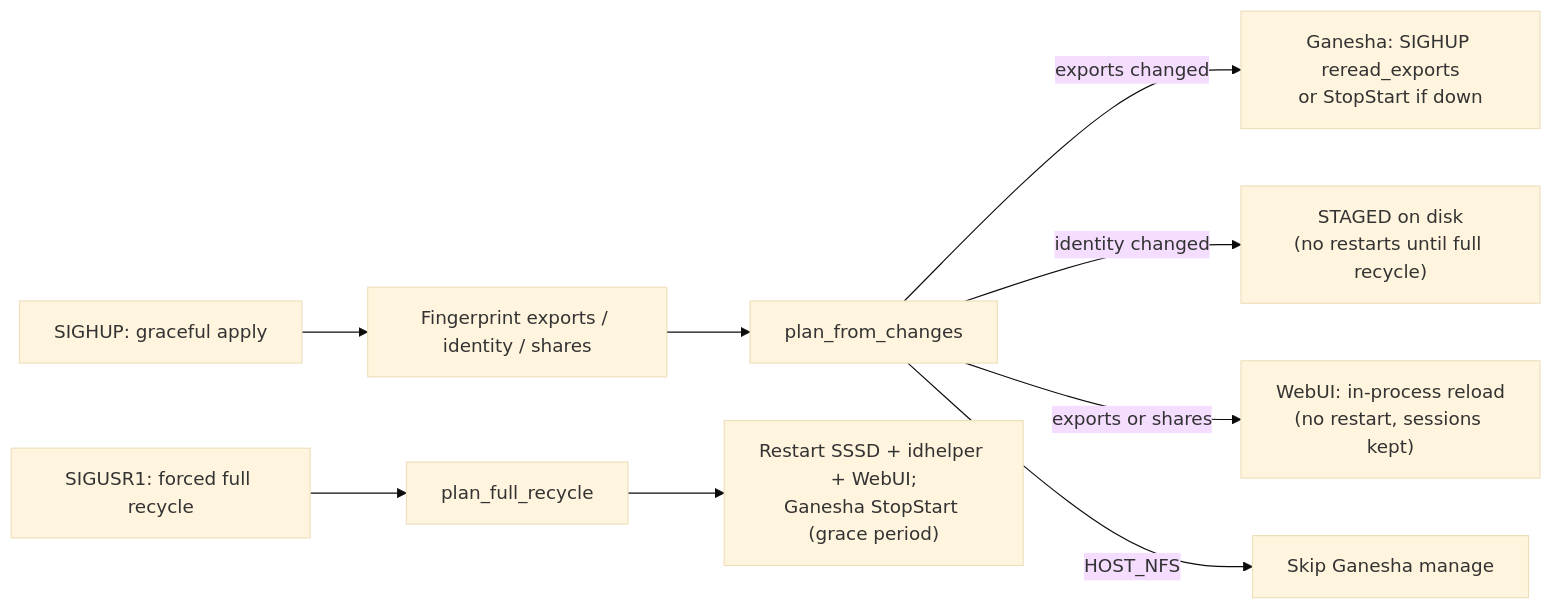
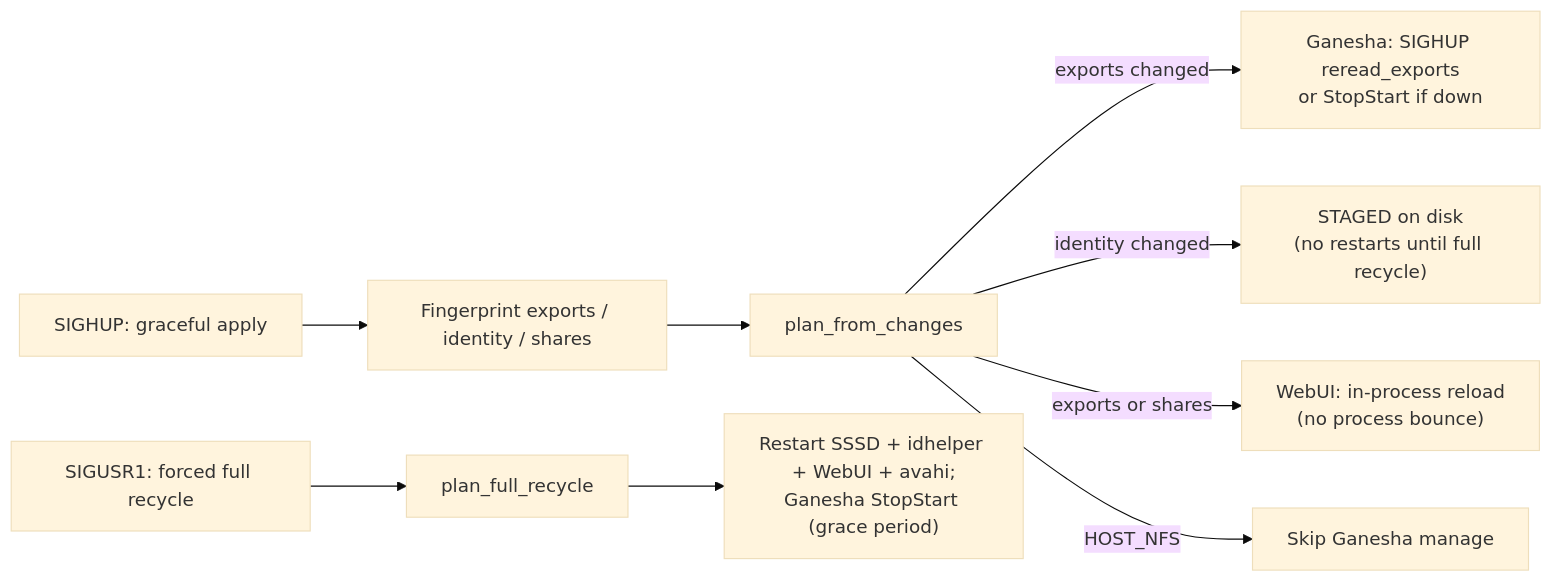
Before and after one commit to Aelieth/nfs-klldap-host: the second of 2 diagrams in README.md, drawn with Mermaid (base theme). The commit also changed other lines of this file and 21 other files, not shown here.

````diff
--- a/README.md
+++ b/README.md
@@ -65,11 +84,11 @@
 ```mermaid
 flowchart LR
   hup["SIGHUP: graceful apply"] --> fp["Fingerprint exports / identity / shares"]
   fp --> plan["plan_from_changes"]
   plan -->|exports changed| g["Ganesha: SIGHUP reread_exports\nor StopStart if down"]
   plan -->|identity changed| id["STAGED on disk\n(no restarts until full recycle)"]
-  plan -->|exports or shares| w["WebUI: in-process reload\n(no restart, sessions kept)"]
+  plan -->|exports or shares| w["WebUI: in-process reload\n(no process bounce)"]
   plan -->|HOST_NFS| skip["Skip Ganesha manage"]
   usr1["SIGUSR1: forced full recycle"] --> full["plan_full_recycle"]
-  full --> all["Restart SSSD + idhelper + WebUI;\nGanesha StopStart (grace period)"]
+  full --> all["Restart SSSD + idhelper + WebUI + avahi;\nGanesha StopStart (grace period)"]
 ```
````
